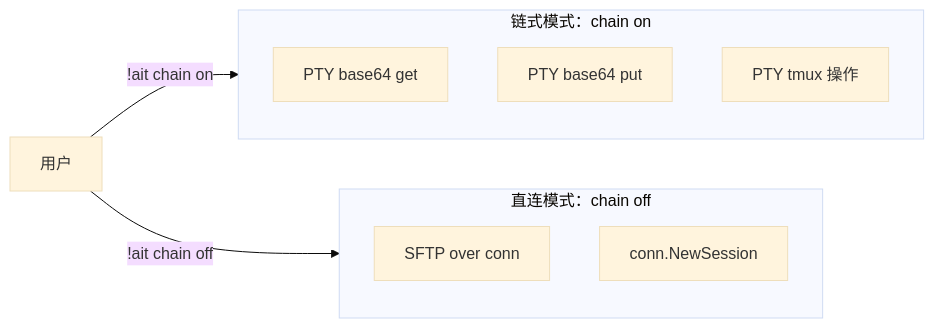
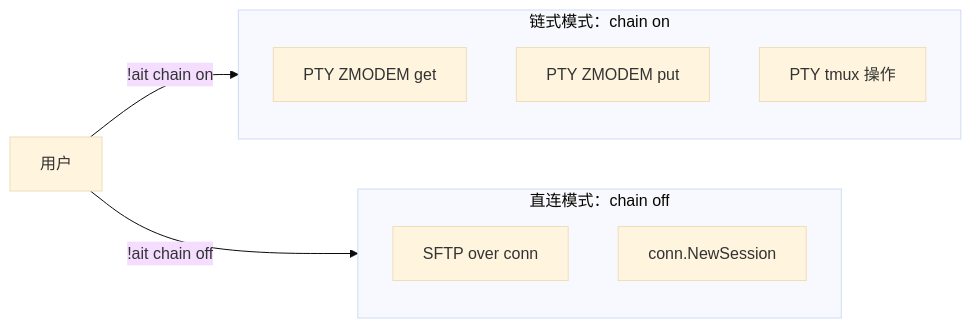
Before and after one commit to os-artificer/AiT: the sixth of 6 diagrams in docs/design.zh-CN.md, drawn with Mermaid (base theme). The commit also changed other lines of this file and 23 other files, not shown here.

Commit message:
feat: use ZMODEM for chain-mode !ait get/put via lrzsz

````diff
--- a/docs/design.zh-CN.md
+++ b/docs/design.zh-CN.md
@@ -453,14 +453,14 @@
 ```mermaid
 flowchart LR
   subgraph direct [直连模式：chain off]
     SFTP[SFTP over conn]
     Session[conn.NewSession]
   end
   subgraph chain [链式模式：chain on]
-    PTYGet[PTY base64 get]
-    PTYPut[PTY base64 put]
+    PTYGet[PTY ZMODEM get]
+    PTYPut[PTY ZMODEM put]
     PTYTmux[PTY tmux 操作]
   end
   User[用户] -->|!ait chain on| chain
   User -->|!ait chain off| direct
 ```
````
